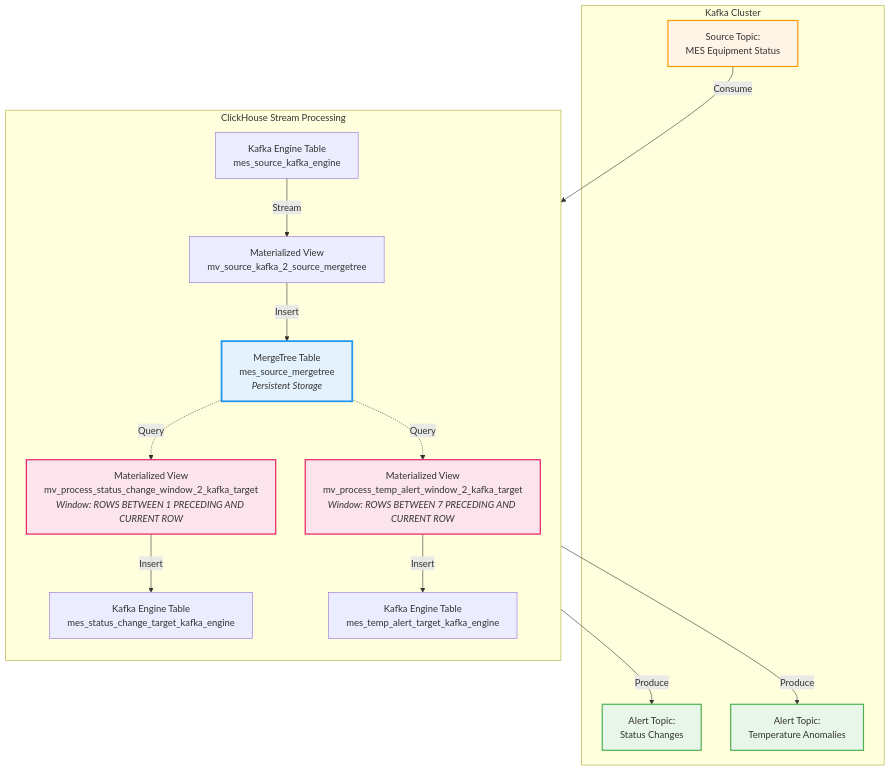
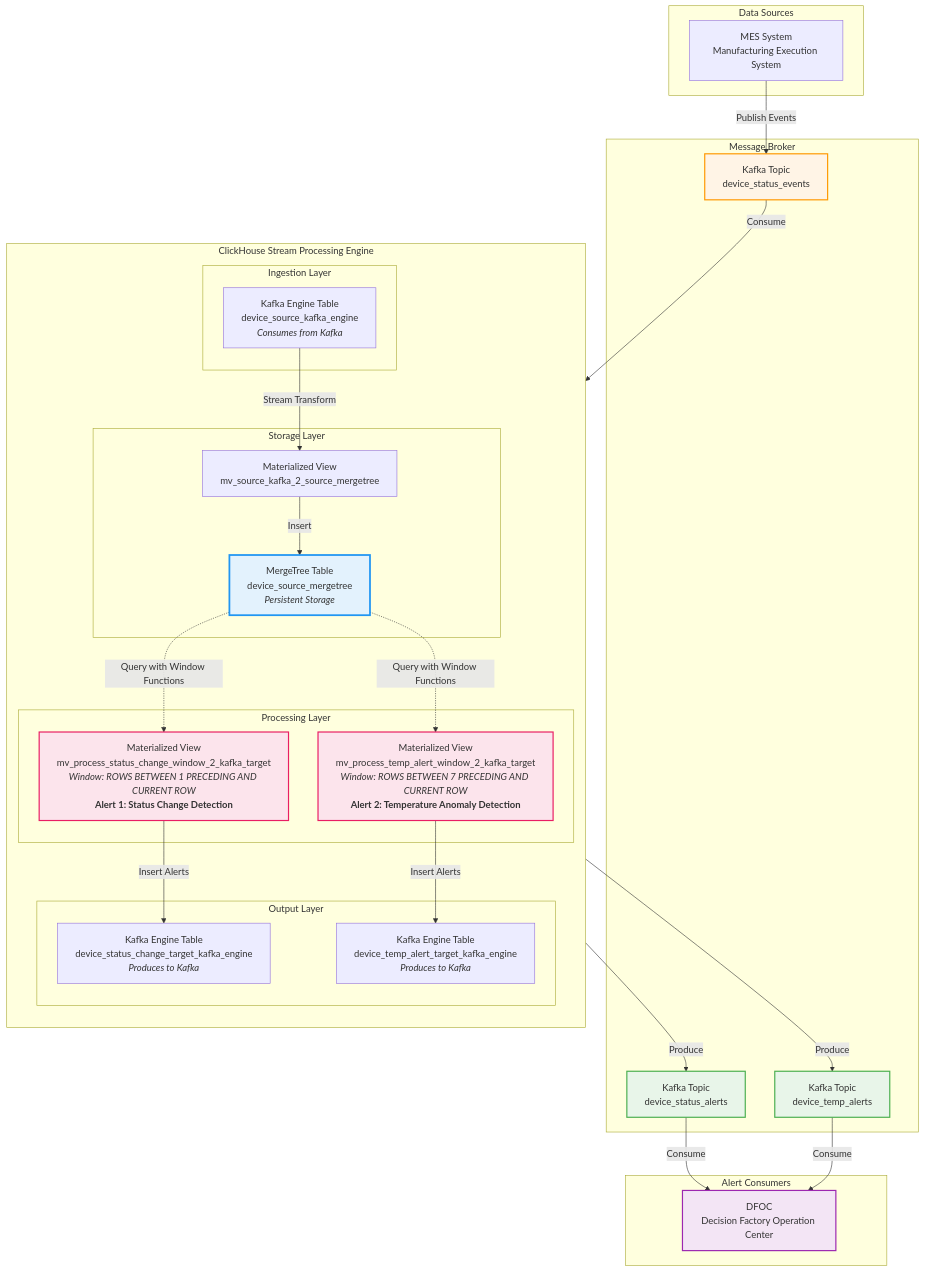
Before and after one commit to Han-lai/clickhouse-kafka-stream-alerts: the diagram in README.md, drawn with Mermaid. The commit also changed other lines of this file, not shown here.

````diff
--- a/README.md
+++ b/README.md
@@ -48,41 +39,64 @@
 ```mermaid
 graph TB
-    subgraph "Kafka Cluster"
-        K1[Source Topic:<br/>MES Equipment Status]
-        K2[Alert Topic:<br/>Status Changes]
-        K3[Alert Topic:<br/>Temperature Anomalies]
+    subgraph "Data Sources"
+        MES[MES System<br/>Manufacturing Execution System]
     end
     
-    subgraph "ClickHouse Stream Processing"
-        direction TB
-        E1[Kafka Engine Table<br/>mes_source_kafka_engine]
-        MV1[Materialized View<br/>mv_source_kafka_2_source_mergetree]
-        MT[MergeTree Table<br/>mes_source_mergetree<br/><i>Persistent Storage</i>]
-        
-        MV2[Materialized View<br/>mv_process_status_change_window_2_kafka_target<br/><i>Window: ROWS BETWEEN 1 PRECEDING AND CURRENT ROW</i>]
-        MV3[Materialized View<br/>mv_process_temp_alert_window_2_kafka_target<br/><i>Window: ROWS BETWEEN 7 PRECEDING AND CURRENT ROW</i>]
-        
-        E2[Kafka Engine Table<br/>mes_status_change_target_kafka_engine]
-        E3[Kafka Engine Table<br/>mes_temp_alert_target_kafka_engine]
+    subgraph "Message Broker"
+        K1[Kafka Topic<br/>device_status_events]
+        K2[Kafka Topic<br/>device_status_alerts]
+        K3[Kafka Topic<br/>device_temp_alerts]
     end
     
-    K1 -->|Consume| E1
-    E1 -->|Stream| MV1
+    subgraph "ClickHouse Stream Processing Engine"
+        direction TB
+        
+        subgraph "Ingestion Layer"
+            KE1[Kafka Engine Table<br/>device_source_kafka_engine<br/><i>Consumes from Kafka</i>]
+        end
+        
+        subgraph "Storage Layer"
+            MV1[Materialized View<br/>mv_source_kafka_2_source_mergetree]
+            MT[MergeTree Table<br/>device_source_mergetree<br/><i>Persistent Storage</i>]
+        end
+        
+        subgraph "Processing Layer"
+            MV2[Materialized View<br/>mv_process_status_change_window_2_kafka_target<br/><i>Window: ROWS BETWEEN 1 PRECEDING AND CURRENT ROW</i><br/><b>Alert 1: Status Change Detection</b>]
+            MV3[Materialized View<br/>mv_process_temp_alert_window_2_kafka_target<br/><i>Window: ROWS BETWEEN 7 PRECEDING AND CURRENT ROW</i><br/><b>Alert 2: Temperature Anomaly Detection</b>]
+        end
+        
+        subgraph "Output Layer"
+            KE2[Kafka Engine Table<br/>device_status_change_target_kafka_engine<br/><i>Produces to Kafka</i>]
+            KE3[Kafka Engine Table<br/>device_temp_alert_target_kafka_engine<br/><i>Produces to Kafka</i>]
+        end
+    end
+    
+    subgraph "Alert Consumers"
+        DFOC[DFOC<br/>Decision Factory Operation Center]
+    end
+    
+    MES -->|Publish Events| K1
+    K1 -->|Consume| KE1
+    KE1 -->|Stream Transform| MV1
     MV1 -->|Insert| MT
     
-    MT -.->|Query| MV2
-    MT -.->|Query| MV3
+    MT -.->|Query with Window Functions| MV2
+    MT -.->|Query with Window Functions| MV3
     
-    MV2 -->|Insert| E2
-    MV3 -->|Insert| E3
+    MV2 -->|Insert Alerts| KE2
+    MV3 -->|Insert Alerts| KE3
     
-    E2 -->|Produce| K2
-    E3 -->|Produce| K3
+    KE2 -->|Produce| K2
+    KE3 -->|Produce| K3
+    
+    K2 -->|Consume| DFOC
+    K3 -->|Consume| DFOC
     
     style K1 fill:#fff4e6,stroke:#ff9800,stroke-width:2px
     style K2 fill:#e8f5e9,stroke:#4caf50,stroke-width:2px
     style K3 fill:#e8f5e9,stroke:#4caf50,stroke-width:2px
     style MT fill:#e3f2fd,stroke:#2196f3,stroke-width:3px
     style MV2 fill:#fce4ec,stroke:#e91e63,stroke-width:2px
     style MV3 fill:#fce4ec,stroke:#e91e63,stroke-width:2px
+    style DFOC fill:#f3e5f5,stroke:#9c27b0,stroke-width:2px
 ```
````
